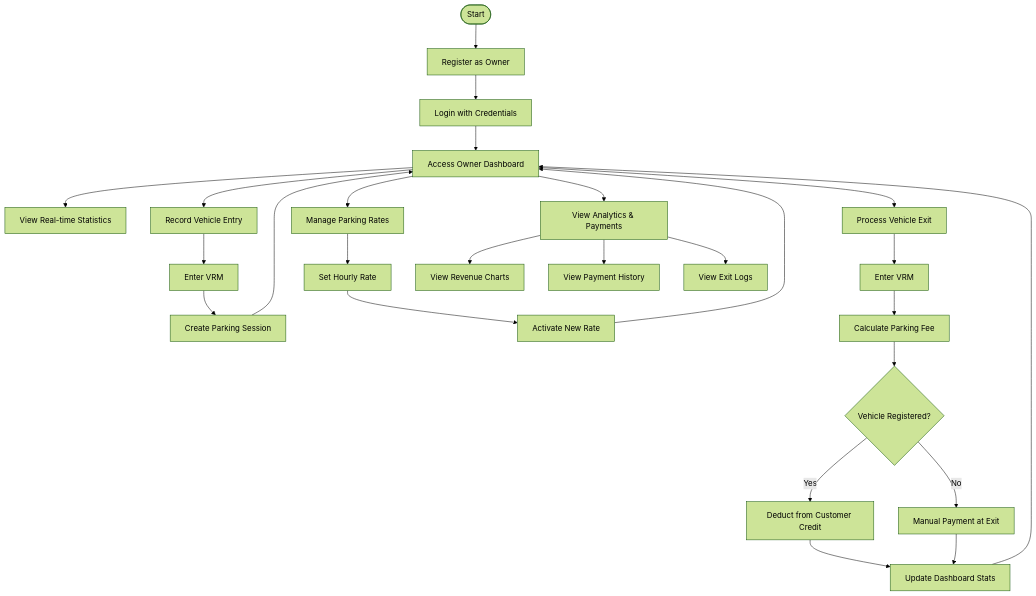
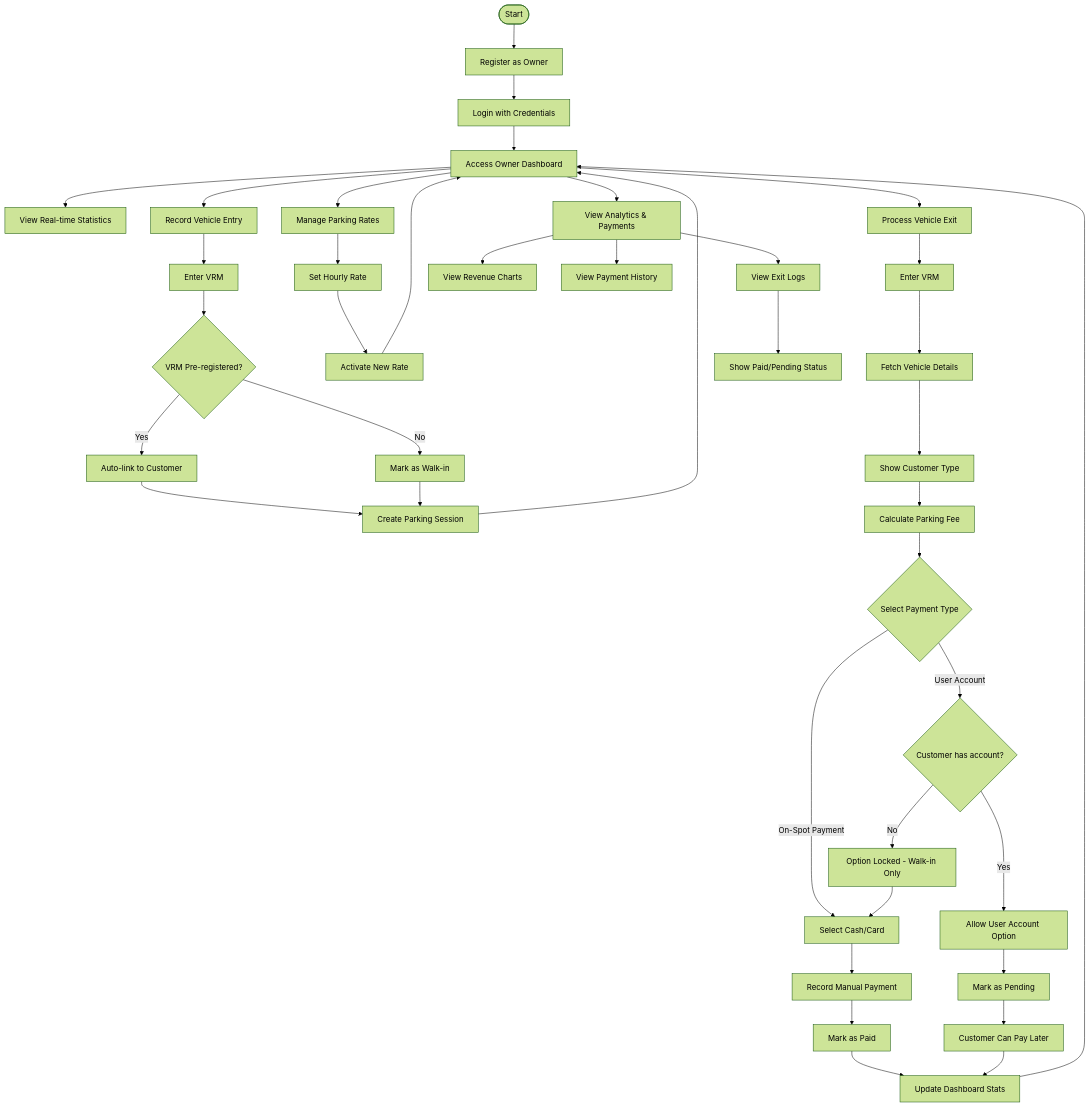
The first of 2 diagrams in FrontendFlow.md (iamwasiqueasjid/Car-Parking-Management-ASP.NET-React), drawn with Mermaid (forest theme) before and after one commit. The commit also changed other lines of this file, not shown here.

Commit message:
User flow md updated

````diff
--- a/FrontendFlow.md
+++ b/FrontendFlow.md
@@ -11,32 +11,49 @@
 ```mermaid
 flowchart TD
     Start([Start]) --> Register[Register as Owner]
     Register --> Login[Login with Credentials]
     Login --> Dashboard[Access Owner Dashboard]
     Dashboard --> ViewStats[View Real-time Statistics]
     Dashboard --> Entry[Record Vehicle Entry]
     Dashboard --> Rates[Manage Parking Rates]
     Dashboard --> Exit[Process Vehicle Exit]
     Dashboard --> Analytics[View Analytics & Payments]
 
     Entry --> EnterVRM1[Enter VRM]
-    EnterVRM1 --> CreateSession[Create Parking Session]
+    EnterVRM1 --> AutoLink{VRM Pre-registered?}
+    AutoLink -->|Yes| LinkCustomer[Auto-link to Customer]
+    AutoLink -->|No| WalkIn[Mark as Walk-in]
+    LinkCustomer --> CreateSession[Create Parking Session]
+    WalkIn --> CreateSession
     CreateSession --> Dashboard
 
     Rates --> SetRate[Set Hourly Rate]
     SetRate --> ActivateRate[Activate New Rate]
     ActivateRate --> Dashboard
 
     Exit --> EnterVRM2[Enter VRM]
-    EnterVRM2 --> CalcFee[Calculate Parking Fee]
-    CalcFee --> CheckReg{Vehicle Registered?}
-    CheckReg -->|Yes| DeductCredit[Deduct from Customer Credit]
-    CheckReg -->|No| ManualPayment[Manual Payment at Exit]
-    DeductCredit --> UpdateDashboard[Update Dashboard Stats]
-    ManualPayment --> UpdateDashboard
+    EnterVRM2 --> FetchVehicle[Fetch Vehicle Details]
+    FetchVehicle --> ShowCustomerType[Show Customer Type]
+    ShowCustomerType --> CalcFee[Calculate Parking Fee]
+    CalcFee --> ChoosePayment{Select Payment Type}
+
+    ChoosePayment -->|On-Spot Payment| SelectMethod[Select Cash/Card]
+    SelectMethod --> RecordPayment[Record Manual Payment]
+    RecordPayment --> MarkPaid[Mark as Paid]
+    MarkPaid --> UpdateDashboard[Update Dashboard Stats]
+
+    ChoosePayment -->|User Account| CheckLinked{Customer has account?}
+    CheckLinked -->|Yes| AllowUserPayment[Allow User Account Option]
+    CheckLinked -->|No| BlockOption[Option Locked - Walk-in Only]
+    BlockOption --> SelectMethod
+    AllowUserPayment --> MarkPending[Mark as Pending]
+    MarkPending --> NotifyCustomer[Customer Can Pay Later]
+    NotifyCustomer --> UpdateDashboard
+
     UpdateDashboard --> Dashboard
 
     Analytics --> ViewRevenue[View Revenue Charts]
     Analytics --> ViewPayments[View Payment History]
     Analytics --> ViewExits[View Exit Logs]
+    ViewExits --> ShowStatus[Show Paid/Pending Status]
 ```
````
